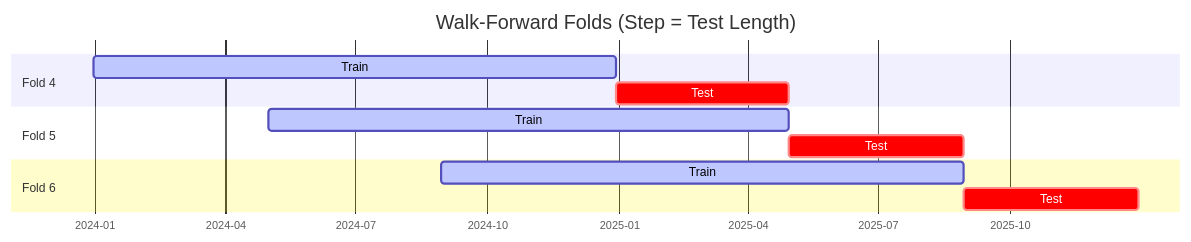
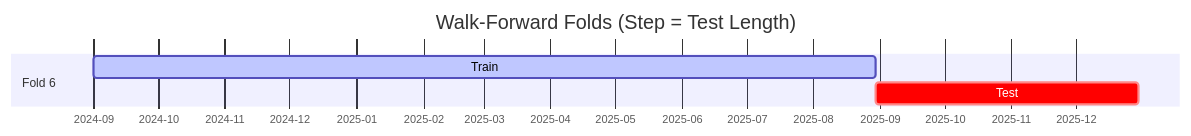
Before and after one commit to garykuepper/ggTrader: the diagram in results/research/research_20260327_195328/research_report.md, drawn with Mermaid. The commit also changed other lines of this file and 3 other files, not shown here.

````diff
--- a/results/research/research_20260327_195328/research_report.md
+++ b/results/research/research_20260327_195328/research_report.md
@@ -60,19 +98,11 @@
 ```mermaid
 gantt
     title Walk-Forward Folds (Step = Test Length)
     dateFormat  YYYY-MM-DD
     axisFormat  %Y-%m
     
-    section Fold 4
-    Train  :active, f4_tr, 2023-12-31, 2024-12-30
-    Test   :crit, f4_ts, 2024-12-30, 2025-04-30
-    
-    section Fold 5
-    Train  :active, f5_tr, 2024-05-01, 2025-04-30
-    Test   :crit, f5_ts, 2025-04-30, 2025-08-30
-    
     section Fold 6
-    Train  :active, f6_tr, 2024-08-30, 2025-08-30
+    Train  :active, f6_tr, 2024-09-01, 2025-08-30
     Test   :crit, f6_ts, 2025-08-30, 2025-12-30
     
 ```
````
